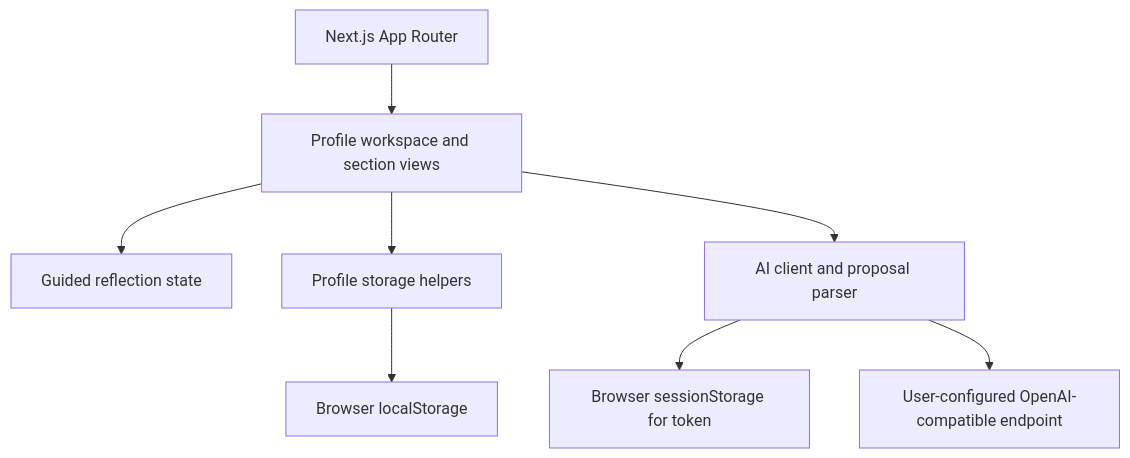
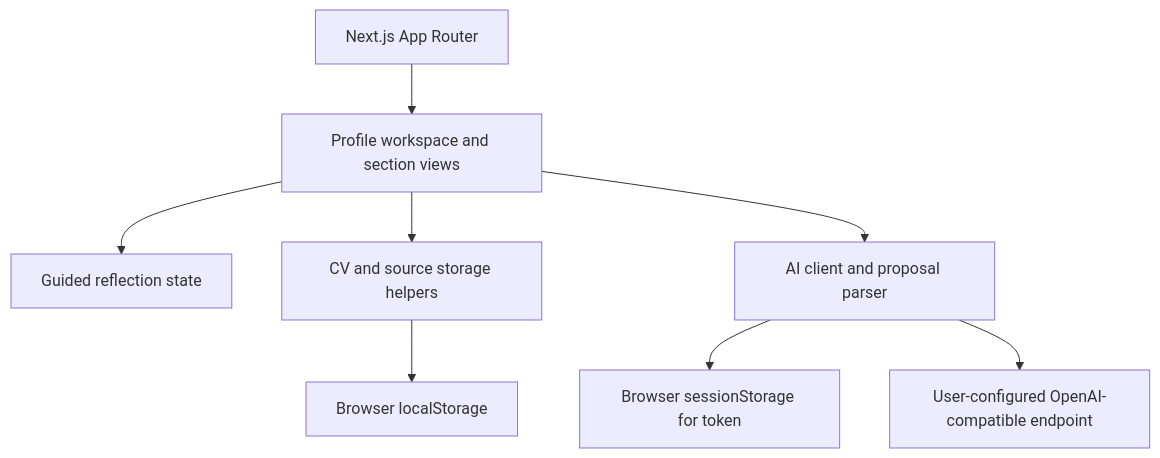
Before and after one commit to p-donoso/ia-curriculum: the diagram in docs/engineering/architecture.md, drawn with Mermaid. The commit also changed other lines of this file and 21 other files, not shown here.

````diff
--- a/docs/engineering/architecture.md
+++ b/docs/engineering/architecture.md
@@ -3,10 +3,10 @@
 ```mermaid
 flowchart TD
   Routes[Next.js App Router] --> Workspace[Profile workspace and section views]
   Workspace --> Workflow[Guided reflection state]
-  Workspace --> ProfileStore[Profile storage helpers]
+  Workspace --> ProfileStore[CV and source storage helpers]
   ProfileStore --> LocalStorage[Browser localStorage]
   Workspace --> AIClient[AI client and proposal parser]
   AIClient --> SessionStorage[Browser sessionStorage for token]
   AIClient --> Provider[User-configured OpenAI-compatible endpoint]
 ```
````
